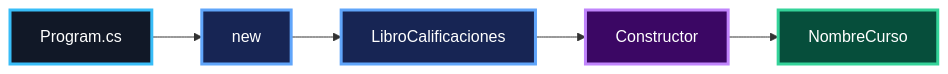
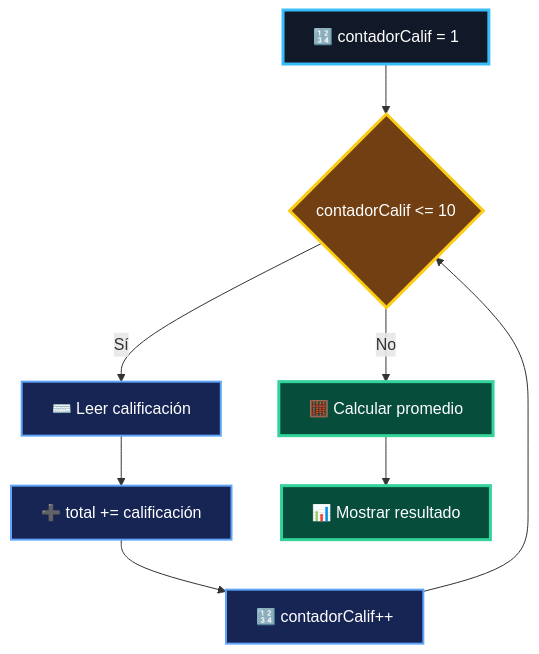
The third of 6 diagrams in README.md (VITIDEV06/Actividad-C-SHARP-Libreta-de-Calificaciones-Hojas-Impresas), drawn with Mermaid before and after one commit. The commit also changed other lines of this file, not shown here.

````diff
--- a/README.md
+++ b/README.md
@@ -269,18 +219,23 @@
 ```mermaid
-flowchart LR
+flowchart TD
 
-    A["Program.cs"] --> B["new"]
-    B --> C["LibroCalificaciones"]
-    C --> D["Constructor"]
-    D --> E["NombreCurso"]
+    A["🔢 contadorCalif = 1"] --> B{"contadorCalif <= 10"}
 
-    classDef main fill:#111827,stroke:#38BDF8,color:#FFFFFF,stroke-width:3px;
-    classDef object fill:#172554,stroke:#60A5FA,color:#FFFFFF,stroke-width:3px;
-    classDef constructor fill:#3B0764,stroke:#C084FC,color:#FFFFFF,stroke-width:3px;
-    classDef property fill:#064E3B,stroke:#34D399,color:#FFFFFF,stroke-width:3px;
+    B -- "Sí" --> C["⌨️ Leer calificación"]
+    C --> D["➕ total += calificación"]
+    D --> E["🔢 contadorCalif++"]
+    E --> B
 
-    class A main;
-    class B,C object;
-    class D constructor;
-    class E property;
+    B -- "No" --> F["🧮 Calcular promedio"]
+    F --> G["📊 Mostrar resultado"]
+
+    classDef start fill:#111827,stroke:#38BDF8,color:#FFFFFF,stroke-width:3px;
+    classDef condition fill:#713F12,stroke:#FACC15,color:#FFFFFF,stroke-width:3px;
+    classDef process fill:#172554,stroke:#60A5FA,color:#FFFFFF,stroke-width:2px;
+    classDef result fill:#064E3B,stroke:#34D399,color:#FFFFFF,stroke-width:3px;
+
+    class A start;
+    class B condition;
+    class C,D,E process;
+    class F,G result;
 ```
````
